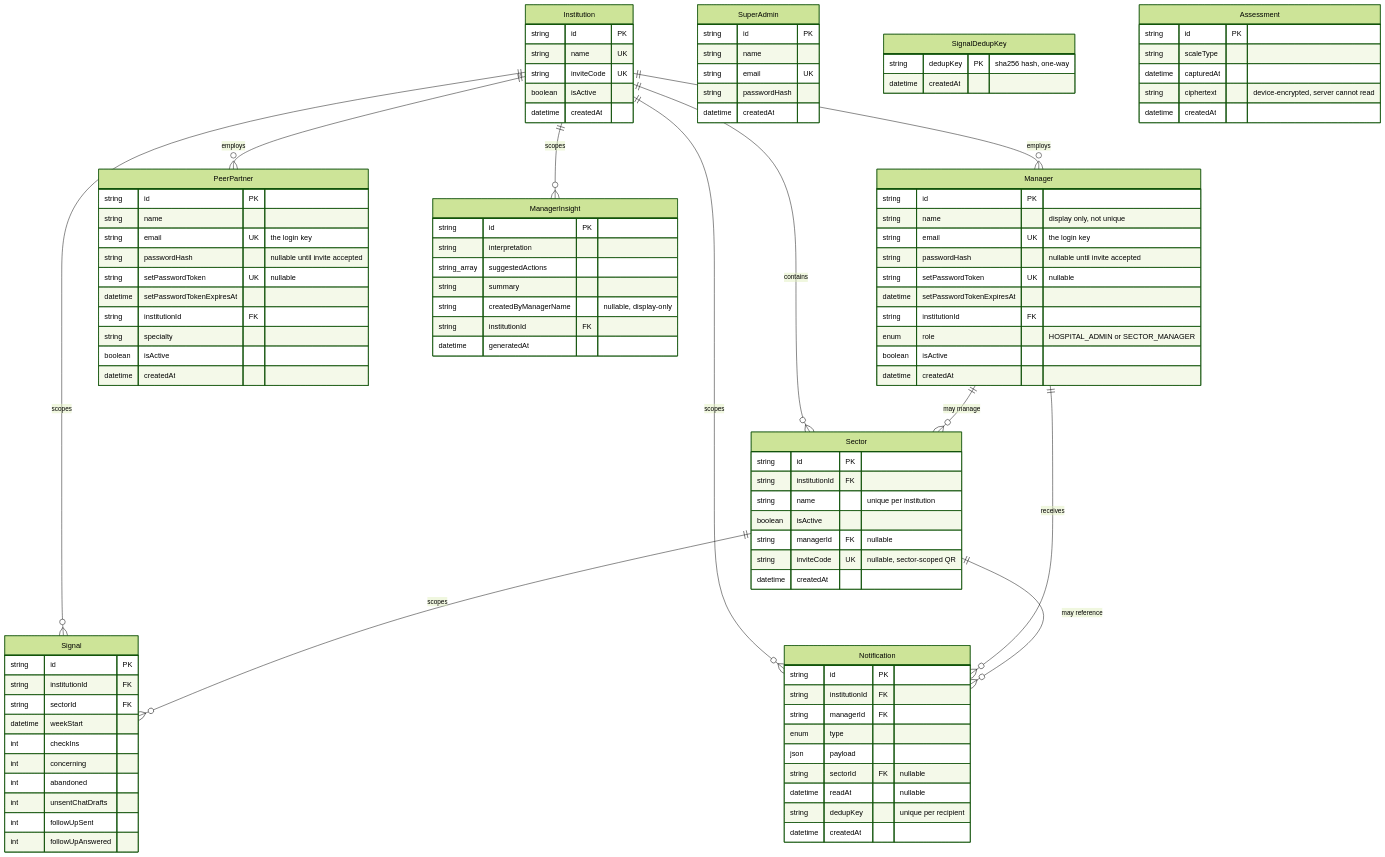
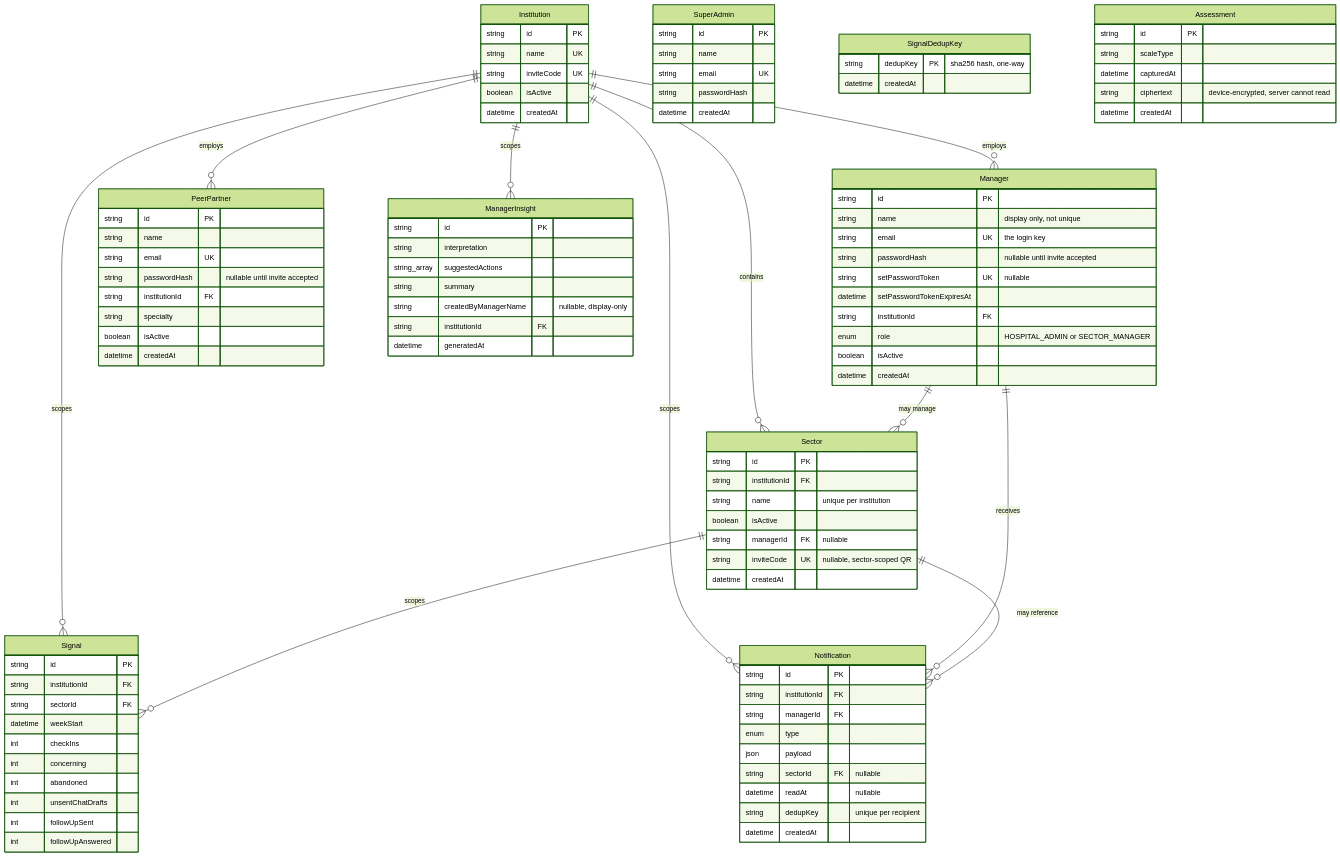
Before and after one commit to Develophys/zelo: the first of 3 diagrams in general-documentations/architecture-reference.md, drawn with Mermaid (forest theme). The commit also changed other lines of this file, not shown here.

Commit message:
docs: resync architecture-reference.md against current repo state

```diff
--- a/general-documentations/architecture-reference.md
+++ b/general-documentations/architecture-reference.md
@@ -214,10 +208,8 @@
     PeerPartner {
         string id PK
         string name
-        string email UK "the login key"
+        string email UK
         string passwordHash "nullable until invite accepted"
-        string setPasswordToken UK "nullable"
-        datetime setPasswordTokenExpiresAt
         string institutionId FK
         string specialty
         boolean isActive
```
